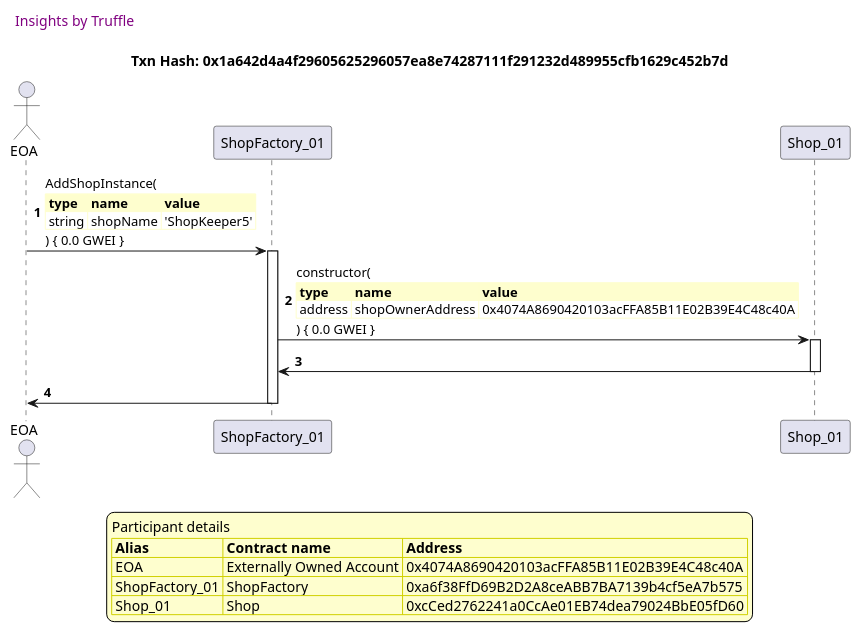
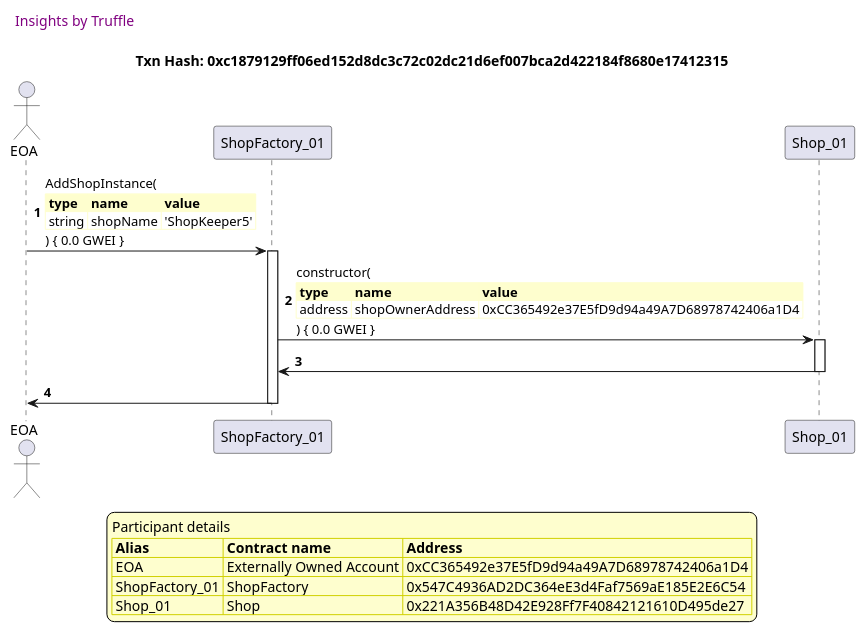
Diagram 12 of 58 in truffle-seq/Shop_test_shopfactory_manage_shop.md (thedarkjester/ConsensysAssignment), drawn with PlantUML before and after one commit. The commit also changed other lines of this file and 13 other files, not shown here.

````diff
--- a/truffle-seq/Shop_test_shopfactory_manage_shop.md
+++ b/truffle-seq/Shop_test_shopfactory_manage_shop.md
@@ -565,47 +565,47 @@
 ```plantuml
 
 
 @startuml
 
 autonumber
 skinparam legendBackgroundColor #FEFECE
 
 <style>
       header {
         HorizontalAlignment left
         FontColor purple
         FontSize 14
         Padding 10
       }
     </style>
 
 header Insights by Truffle
 
-title Txn Hash: 0x1a642d4a4f29605625296057ea8e74287111f291232d489955cfb1629c452b7d
+title Txn Hash: 0xc1879129ff06ed152d8dc3c72c02dc21d6ef007bca2d422184f8680e17412315
 
 
 actor EOA as "EOA"
 participant ShopFactory_01 as "ShopFactory_01"
 participant Shop_01 as "Shop_01"
 
 "EOA" -> "ShopFactory_01" ++: AddShopInstance(\n\
 <#FEFECE,#FEFECE>|= type |= name |= value |\n\
 | string | shopName | 'ShopKeeper5' |\n\
 ) { 0.0 GWEI }
 "ShopFactory_01" -> "Shop_01" ++: constructor(\n\
 <#FEFECE,#FEFECE>|= type |= name |= value |\n\
-| address | shopOwnerAddress | 0x4074A8690420103acFFA85B11E02B39E4C48c40A |\n\
+| address | shopOwnerAddress | 0xCC365492e37E5fD9d94a49A7D68978742406a1D4 |\n\
 ) { 0.0 GWEI }
 "Shop_01" -> "ShopFactory_01" --: 
 "ShopFactory_01" -> "EOA" --: 
 
 legend
 Participant details
 <#FEFECE,#D0D000>|= Alias |= Contract name |= Address |
-<#FEFECE>| EOA | Externally Owned Account | 0x4074A8690420103acFFA85B11E02B39E4C48c40A |
-<#FEFECE>| ShopFactory_01 | ShopFactory | 0xa6f38FfD69B2D2A8ceABB7BA7139b4cf5eA7b575 |
-<#FEFECE>| Shop_01 | Shop | 0xcCed2762241a0CcAe01EB74dea79024BbE05fD60 |
+<#FEFECE>| EOA | Externally Owned Account | 0xCC365492e37E5fD9d94a49A7D68978742406a1D4 |
+<#FEFECE>| ShopFactory_01 | ShopFactory | 0x547C4936AD2DC364eE3d4Faf7569aE185E2E6C54 |
+<#FEFECE>| Shop_01 | Shop | 0x221A356B48D42E928Ff7F40842121610D495de27 |
 endlegend
 
 @enduml
 ```
````
